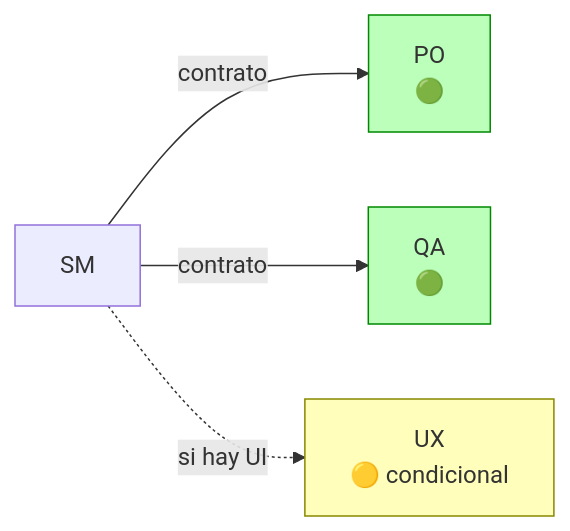
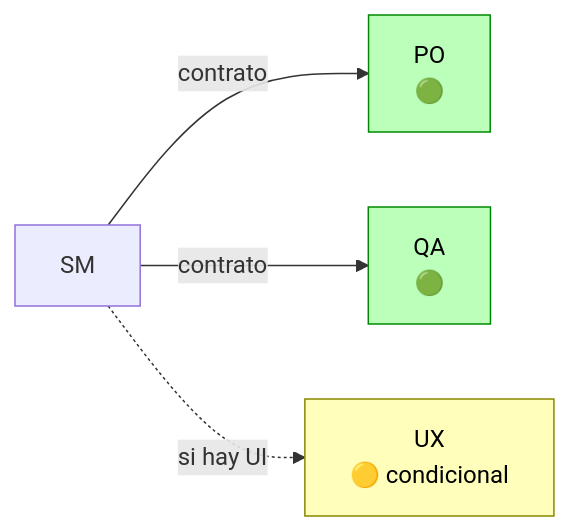
Before and after one commit to virgenherrera/idea-to-mvp: the third of 14 diagrams in docs/role-profiles.md, drawn with Mermaid. The commit also changed other lines of this file and 1 other file, not shown here.

First line of the commit message:
fix: add explicit text color to mermaid diagram nodes

````diff
--- a/docs/role-profiles.md
+++ b/docs/role-profiles.md
@@ -266,10 +266,10 @@
 ```mermaid
 flowchart LR
     SM_F2["SM"] -->|"contrato"| PO_F2["PO\n🟢"]
     SM_F2 -->|"contrato"| QA_F2["QA\n🟢"]
     SM_F2 -.->|"si hay UI"| UX_F2["UX\n🟡 condicional"]
 
-    style PO_F2 fill:#bfb,stroke:#080
-    style QA_F2 fill:#bfb,stroke:#080
-    style UX_F2 fill:#ffb,stroke:#880
+    style PO_F2 fill:#bfb,stroke:#080,color:#000
+    style QA_F2 fill:#bfb,stroke:#080,color:#000
+    style UX_F2 fill:#ffb,stroke:#880,color:#000
 ```
````
